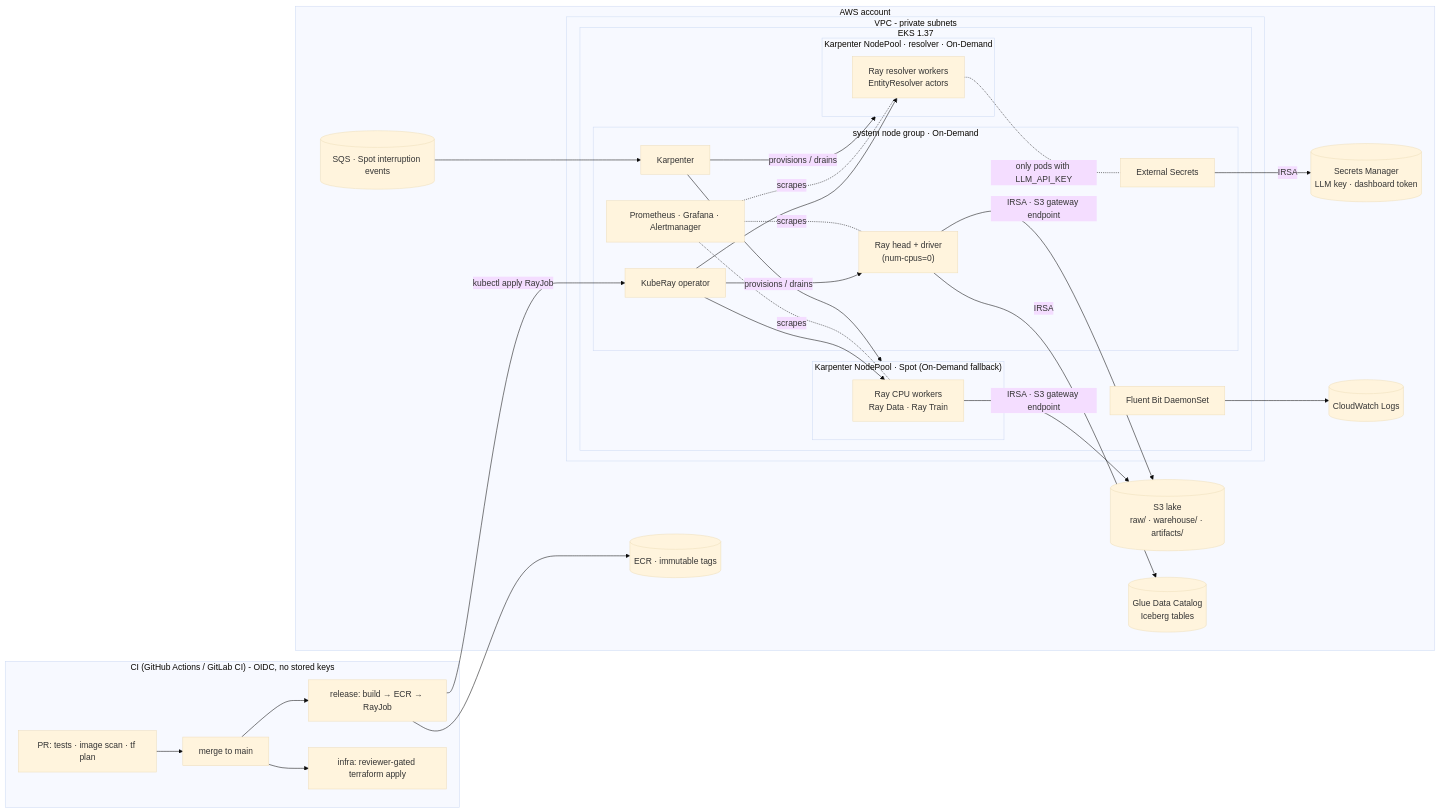
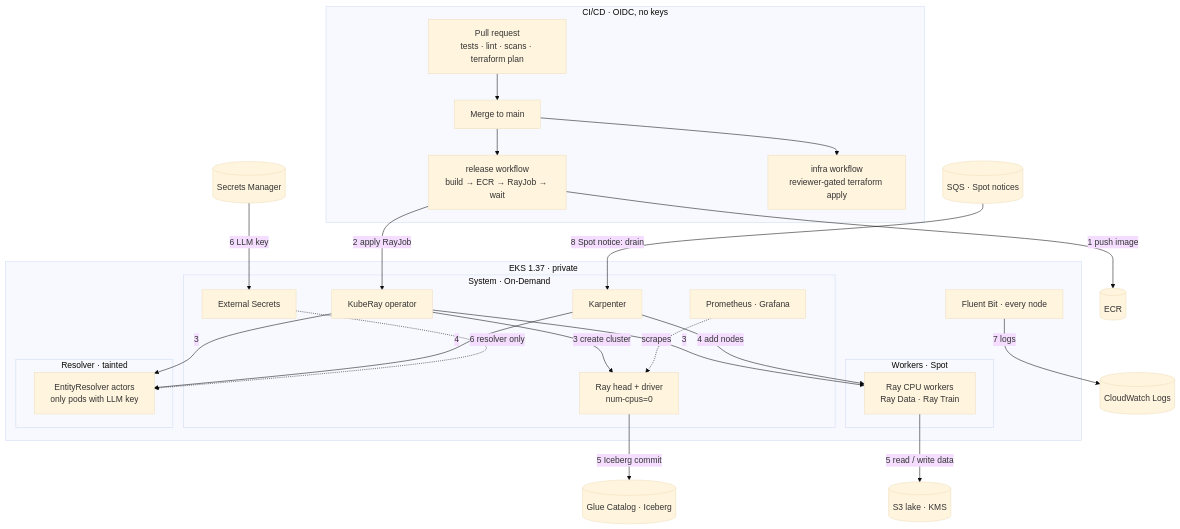
The diagram in README.md (adarvix/ray-platform), drawn with Mermaid (base theme) before and after one commit. The commit also changed other lines of this file and 12 other files, not shown here.

````diff
--- a/README.md
+++ b/README.md
@@ -31,47 +31,47 @@
 ```mermaid
-flowchart LR
-  subgraph CI["CI (GitHub Actions / GitLab CI) - OIDC, no stored keys"]
-    PR["PR: tests · image scan · tf plan"] --> MERGE["merge to main"]
-    MERGE --> APP["release: build → ECR → RayJob"]
-    MERGE --> INFRA["infra: reviewer-gated terraform apply"]
+flowchart TB
+  subgraph CI["CI/CD · OIDC, no keys"]
+    PR["Pull request<br/>tests · lint · scans · terraform plan"] --> MERGE["Merge to main"]
+    MERGE --> REL["release workflow<br/>build → ECR → RayJob → wait"]
+    MERGE --> INFRA["infra workflow<br/>reviewer-gated terraform apply"]
   end
 
-  subgraph AWS["AWS account"]
-    subgraph VPC["VPC - private subnets"]
-      subgraph EKS["EKS 1.37"]
-        subgraph SYS["system node group · On-Demand"]
-          KR["KubeRay operator"]
-          KP["Karpenter"]
-          MON["Prometheus · Grafana · Alertmanager"]
-          ESO["External Secrets"]
-          HEAD["Ray head + driver<br/>(num-cpus=0)"]
-        end
-        subgraph SPOT["Karpenter NodePool · Spot (On-Demand fallback)"]
-          W["Ray CPU workers<br/>Ray Data · Ray Train"]
-        end
-        subgraph RES["Karpenter NodePool · resolver · On-Demand"]
-          R["Ray resolver workers<br/>EntityResolver actors"]
-        end
-        FB["Fluent Bit DaemonSet"]
-      end
+  subgraph EKS["EKS 1.37 · private"]
+    subgraph SYS["System · On-Demand"]
+      KR["KubeRay operator"]
+      HEAD["Ray head + driver<br/>num-cpus=0"]
+      KP["Karpenter"]
+      ESO["External Secrets"]
+      MON["Prometheus · Grafana"]
     end
-    S3[("S3 lake<br/>raw/ · warehouse/ · artifacts/")]
-    GLUE[("Glue Data Catalog<br/>Iceberg tables")]
-    SM[("Secrets Manager<br/>LLM key · dashboard token")]
-    CW[("CloudWatch Logs")]
-    ECR[("ECR · immutable tags")]
-    SQS[("SQS · Spot interruption events")]
+    subgraph WRK["Workers · Spot"]
+      W["Ray CPU workers<br/>Ray Data · Ray Train"]
+    end
+    subgraph RES["Resolver · tainted"]
+      R["EntityResolver actors<br/>only pods with LLM key"]
+    end
+    FB["Fluent Bit · every node"]
   end
 
-  APP --> ECR
-  APP -- "kubectl apply RayJob" --> KR
-  KR --> HEAD & W & R
-  HEAD -- "IRSA" --> GLUE
-  HEAD & W -- "IRSA · S3 gateway endpoint" --> S3
-  R -. "only pods with LLM_API_KEY" .- ESO
-  ESO -- "IRSA" --> SM
-  SQS --> KP
-  KP -- "provisions / drains" --> SPOT & RES
-  FB --> CW
-  MON -. "scrapes" .- HEAD & W & R
+  ECR[("ECR")]
+  S3[("S3 lake · KMS")]
+  GLUE[("Glue Catalog · Iceberg")]
+  SM[("Secrets Manager")]
+  SQS[("SQS · Spot notices")]
+  CW[("CloudWatch Logs")]
+
+  REL -->|"1 push image"| ECR
+  REL -->|"2 apply RayJob"| KR
+  KR -->|"3 create cluster"| HEAD
+  KR -->|"3"| W
+  KR -->|"3"| R
+  KP -->|"4 add nodes"| W
+  KP -->|"4"| R
+  W -->|"5 read / write data"| S3
+  HEAD -->|"5 Iceberg commit"| GLUE
+  SM -->|"6 LLM key"| ESO
+  ESO -.->|"6 resolver only"| R
+  FB -->|"7 logs"| CW
+  SQS -->|"8 Spot notice: drain"| KP
+  MON -.->|"scrapes"| HEAD
 ```
````
